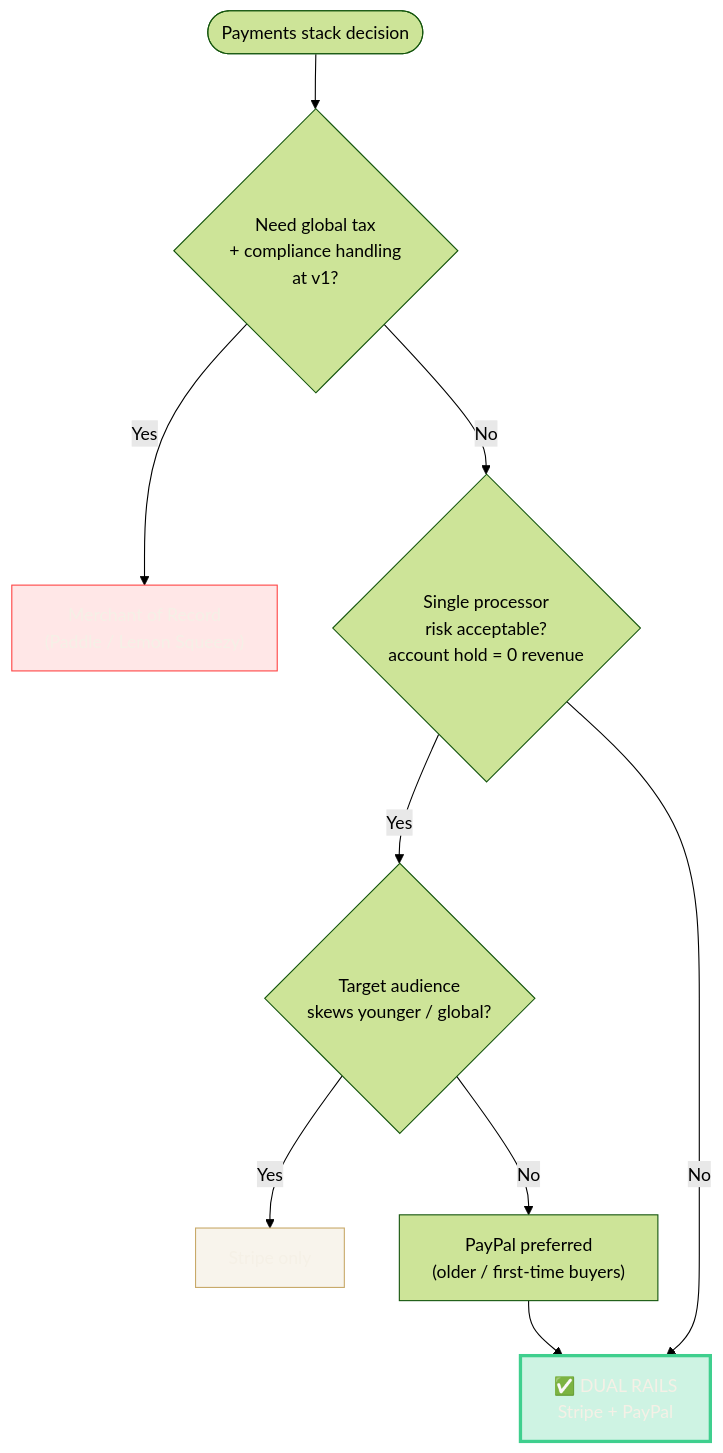
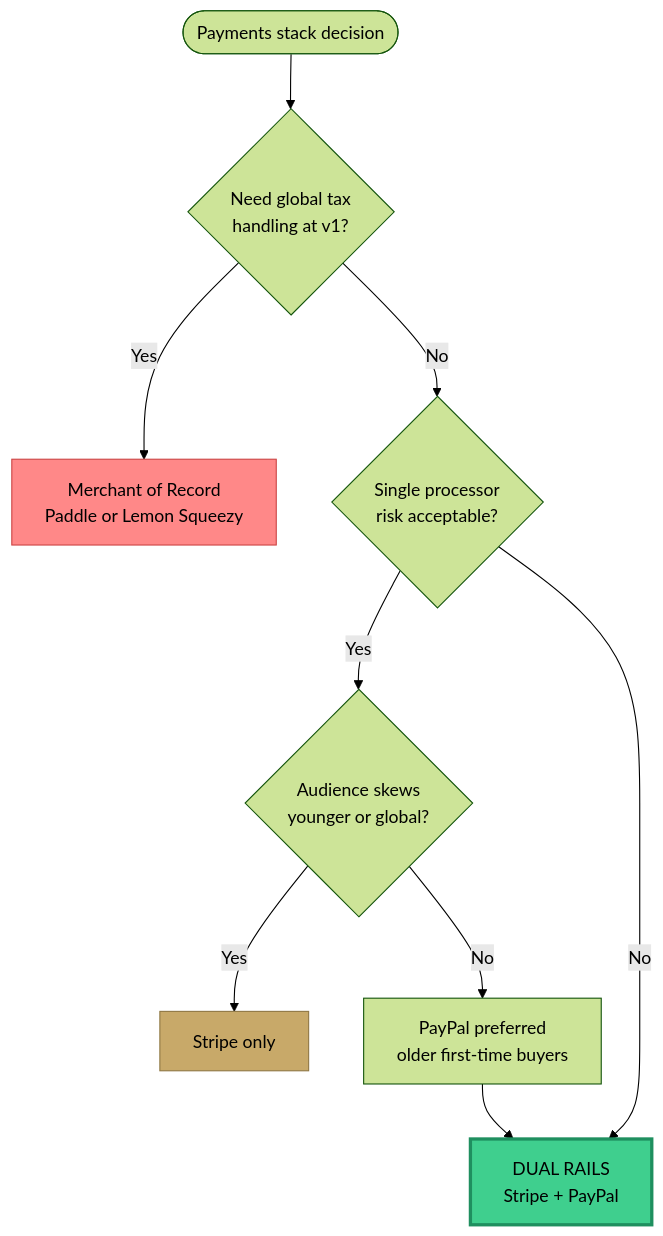
One commit to omkarjaliparthi/insights-by-omkar-case-study changed the diagram in docs/03-decision-payment-rails.md. Above: the diagram before and after it, drawn with Mermaid (forest theme). The commit also changed 5 other files, not shown here.

Commit message:
fix: simplify mermaid syntax for GitHub renderer compatibility — remove 8-digit hex, subgraph labels, parens in gantt names

````diff
--- a/docs/03-decision-payment-rails.md
+++ b/docs/03-decision-payment-rails.md
@@ -32,15 +32,15 @@
 ```mermaid
 flowchart TD
-    Start([Payments stack decision]) --> Q1{Need global tax<br/>+ compliance handling<br/>at v1?}
-    Q1 -- Yes --> MoR["Merchant of Record<br/>(Paddle / Lemon Squeezy)"]
-    Q1 -- No --> Q2{Single processor<br/>risk acceptable?<br/>account hold = 0 revenue}
-    Q2 -- Yes --> Q3{Target audience<br/>skews younger / global?}
-    Q2 -- No --> Dual["✅ DUAL RAILS<br/>Stripe + PayPal"]
-    Q3 -- Yes --> StripeOnly["Stripe only"]
-    Q3 -- No --> PayPalPref["PayPal preferred<br/>(older / first-time buyers)"]
+    Start([Payments stack decision]) --> Q1{Need global tax<br>handling at v1?}
+    Q1 -- Yes --> MoR[Merchant of Record<br>Paddle or Lemon Squeezy]
+    Q1 -- No --> Q2{Single processor<br>risk acceptable?}
+    Q2 -- Yes --> Q3{Audience skews<br>younger or global?}
+    Q2 -- No --> Dual[DUAL RAILS<br>Stripe + PayPal]
+    Q3 -- Yes --> StripeOnly[Stripe only]
+    Q3 -- No --> PayPalPref[PayPal preferred<br>older first-time buyers]
     PayPalPref --> Dual
 
-    style Dual fill:#3FCF8E40,stroke:#3FCF8E,stroke-width:3px,color:#F5F0E6
-    style MoR fill:#FF444420,stroke:#FF4444,color:#F5F0E6
-    style StripeOnly fill:#C8A96920,stroke:#C8A969,color:#F5F0E6
+    style Dual fill:#3FCF8E,stroke:#1F8F5F,stroke-width:3px,color:#000
+    style MoR fill:#FF8888,stroke:#CC4444,color:#000
+    style StripeOnly fill:#C8A969,stroke:#8F7744,color:#000
 ```
````
